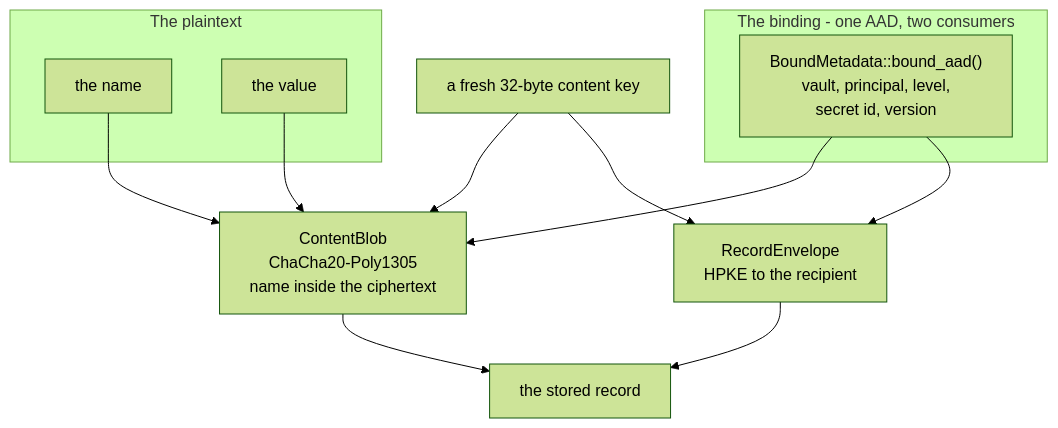
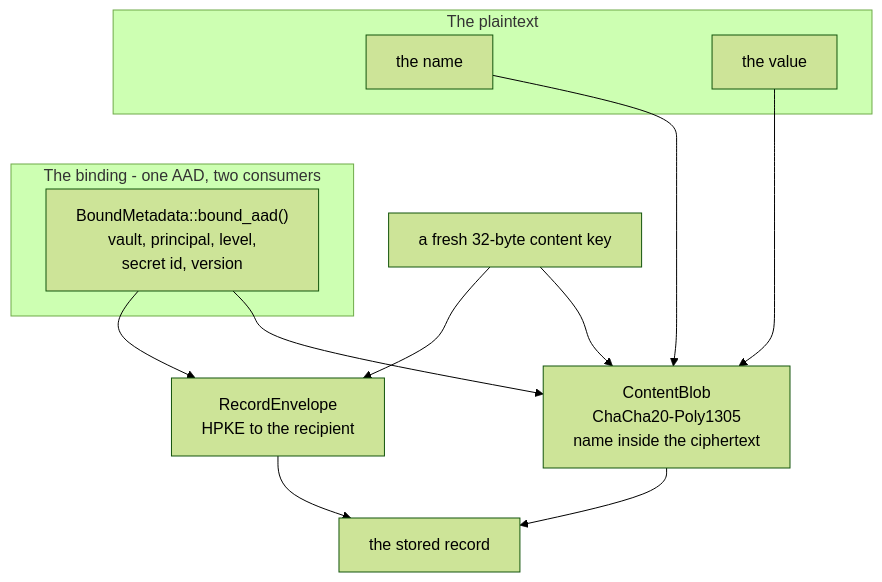
One commit to bruj0/keyspout changed the second of 6 diagrams in site/docs/components/ksp-record.md. Above: the diagram before and after it, drawn with Mermaid (forest theme). The commit also changed other lines of this file and 22 other files, not shown here.

First line of the commit message:
feat(site): zoom every diagram, and make the wide ones vertical (#21)

````diff
--- a/site/docs/components/ksp-record.md
+++ b/site/docs/components/ksp-record.md
@@ -49,22 +49,23 @@
 ```mermaid
 flowchart TD
   subgraph Plain["The plaintext"]
     N["the name"]
     V["the value"]
   end
   N --> BLOB["ContentBlob<br/>ChaCha20-Poly1305<br/>name inside the ciphertext"]
   V --> BLOB
 
   CK["a fresh 32-byte content key"] --> BLOB
   CK --> ENV["RecordEnvelope<br/>HPKE to the recipient"]
 
   subgraph Bound["The binding - one AAD, two consumers"]
     AAD["BoundMetadata::bound_aad()<br/>vault, principal, level,<br/>secret id, version"]
   end
 
   AAD --> BLOB
   AAD --> ENV
 
   BLOB --> RECORD["the stored record"]
   ENV --> RECORD
+  Plain ~~~ Bound
 ```
````
